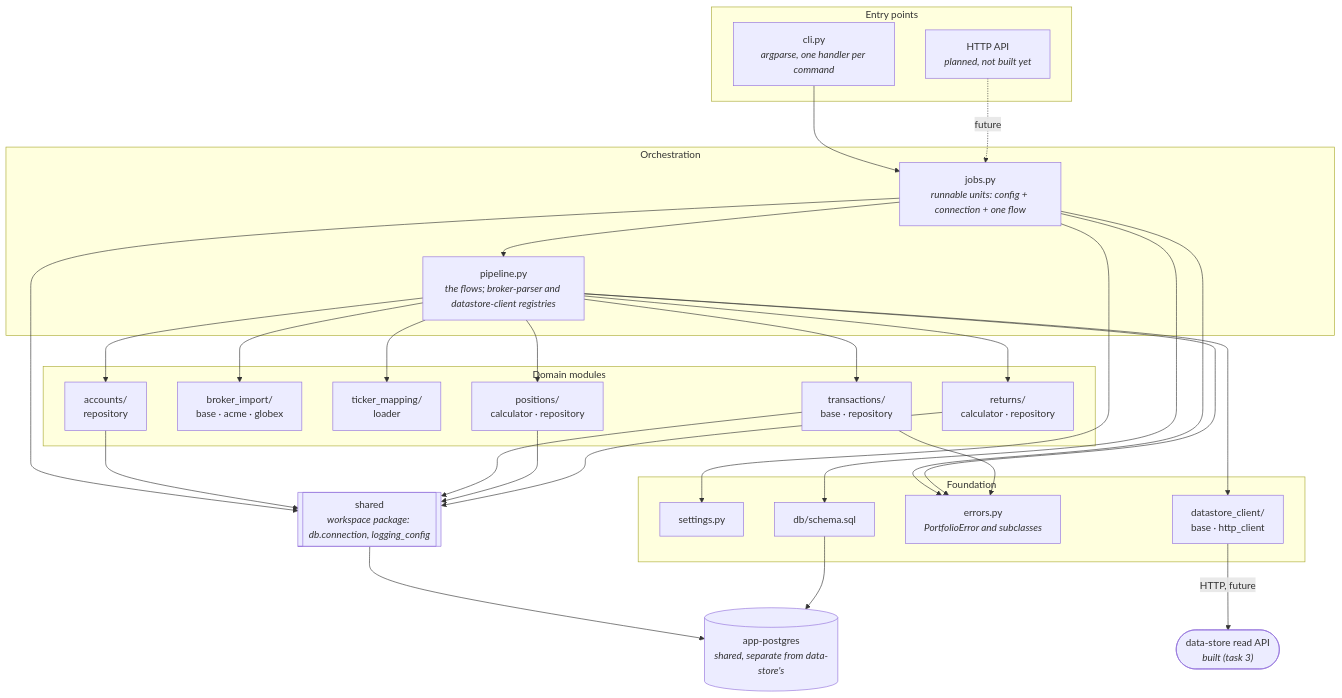
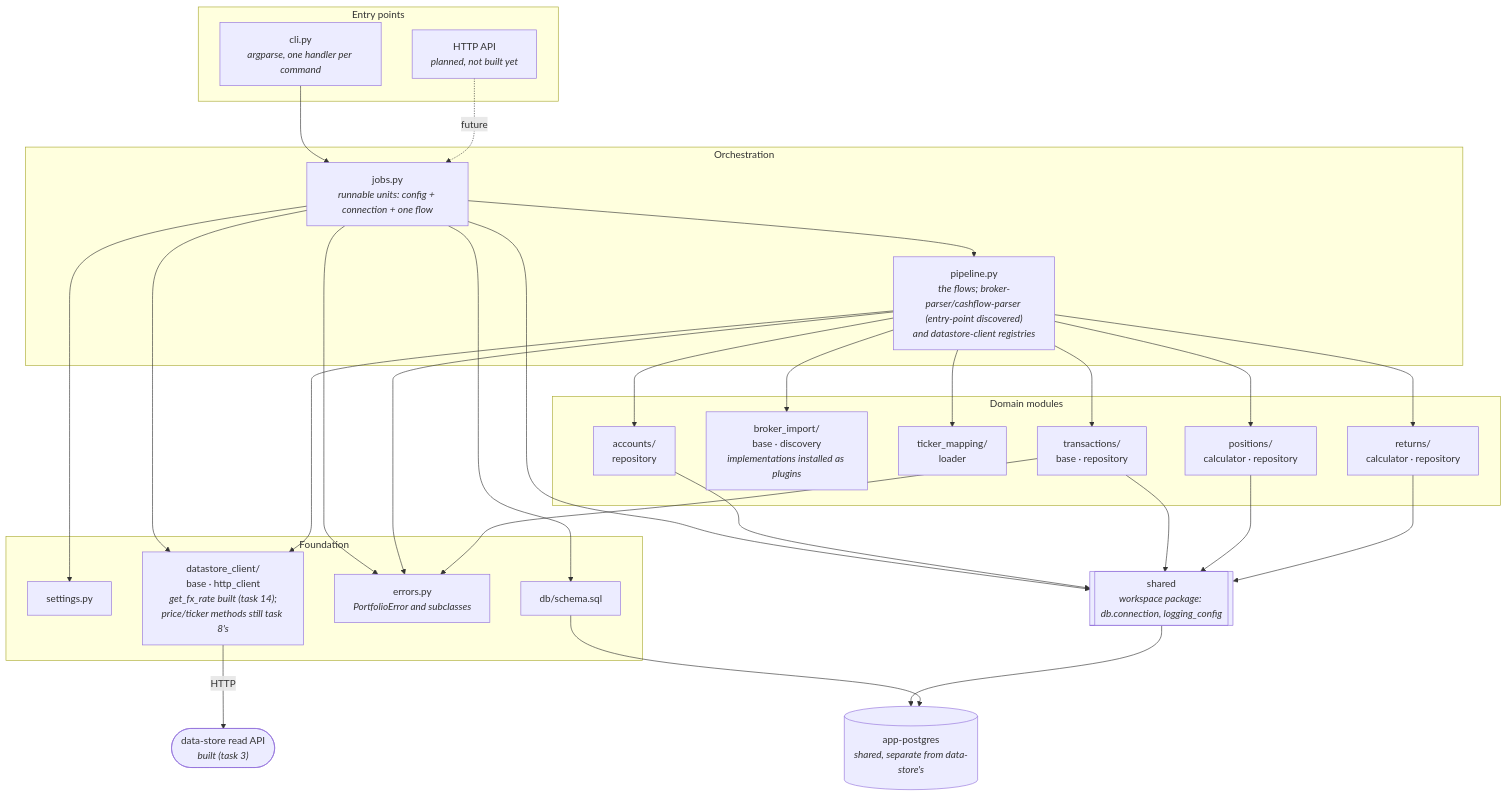
One commit to jpedropereira/Stakehold changed the first of 2 diagrams in services/portfolio/docs/architecture.md. Above: the diagram before and after it, drawn with Mermaid. The commit also changed other lines of this file and 37 other files, not shown here.

First line of the commit message:
Add broker import to portfolio (#25)

````diff
--- a/services/portfolio/docs/architecture.md
+++ b/services/portfolio/docs/architecture.md
@@ -55,56 +55,57 @@
 ```mermaid
 flowchart TD
     subgraph entry["Entry points"]
         CLI["cli.py<br/><i>argparse, one handler per command</i>"]
         API["HTTP API<br/><i>planned, not built yet</i>"]
     end
 
     subgraph orch["Orchestration"]
         JOBS["jobs.py<br/><i>runnable units: config + connection + one flow</i>"]
-        PIPE["pipeline.py<br/><i>the flows; broker-parser and datastore-client registries</i>"]
+        PIPE["pipeline.py<br/><i>the flows; broker-parser/cashflow-parser (entry-point discovered)<br/>and datastore-client registries</i>"]
     end
 
     subgraph domain["Domain modules"]
         ACC["accounts/<br/>repository"]
-        IMP["broker_import/<br/>base · acme · globex"]
+        IMP["broker_import/<br/>base · discovery<br/><i>implementations installed as plugins</i>"]
         MAP["ticker_mapping/<br/>loader"]
         TXN["transactions/<br/>base · repository"]
         POS["positions/<br/>calculator · repository"]
         RET["returns/<br/>calculator · repository"]
     end
 
     subgraph found["Foundation"]
         SET["settings.py"]
         DB["db/schema.sql"]
         ERR["errors.py<br/><i>PortfolioError and subclasses</i>"]
-        DSC["datastore_client/<br/>base · http_client"]
+        DSC["datastore_client/<br/>base · http_client<br/><i>get_fx_rate built (task 14);<br/>price/ticker methods still task 8's</i>"]
     end
 
     SH[["shared<br/><i>workspace package: db.connection, logging_config</i>"]]
     PG[("app-postgres<br/><i>shared, separate from data-store's</i>")]
     DSAPI(["data-store read API<br/><i>built (task 3)</i>"])
 
     CLI --> JOBS
     API -.future.-> JOBS
     JOBS --> PIPE
     JOBS --> SET
     JOBS --> DB
     JOBS --> ERR
+    JOBS --> DSC
     PIPE --> ACC
     PIPE --> IMP
     PIPE --> MAP
     PIPE --> TXN
     PIPE --> POS
     PIPE --> RET
     PIPE --> DSC
     PIPE --> ERR
     TXN --> ERR
     JOBS --> SH
     ACC --> SH
     TXN --> SH
     POS --> SH
     RET --> SH
     SH --> PG
     DB --> PG
-    DSC -->|HTTP, future| DSAPI
+    DSC -->|HTTP| DSAPI
 ```
````
